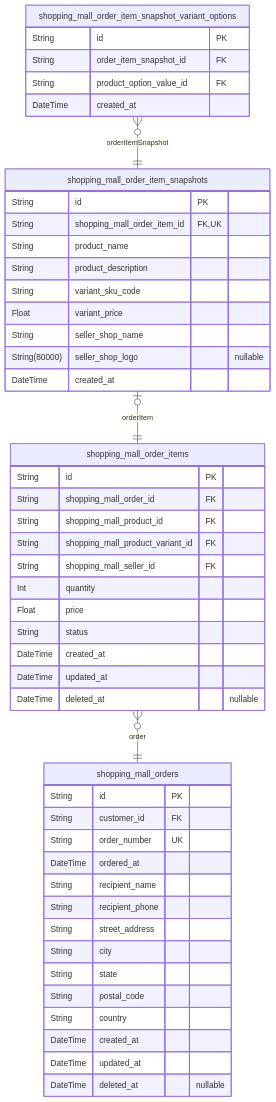
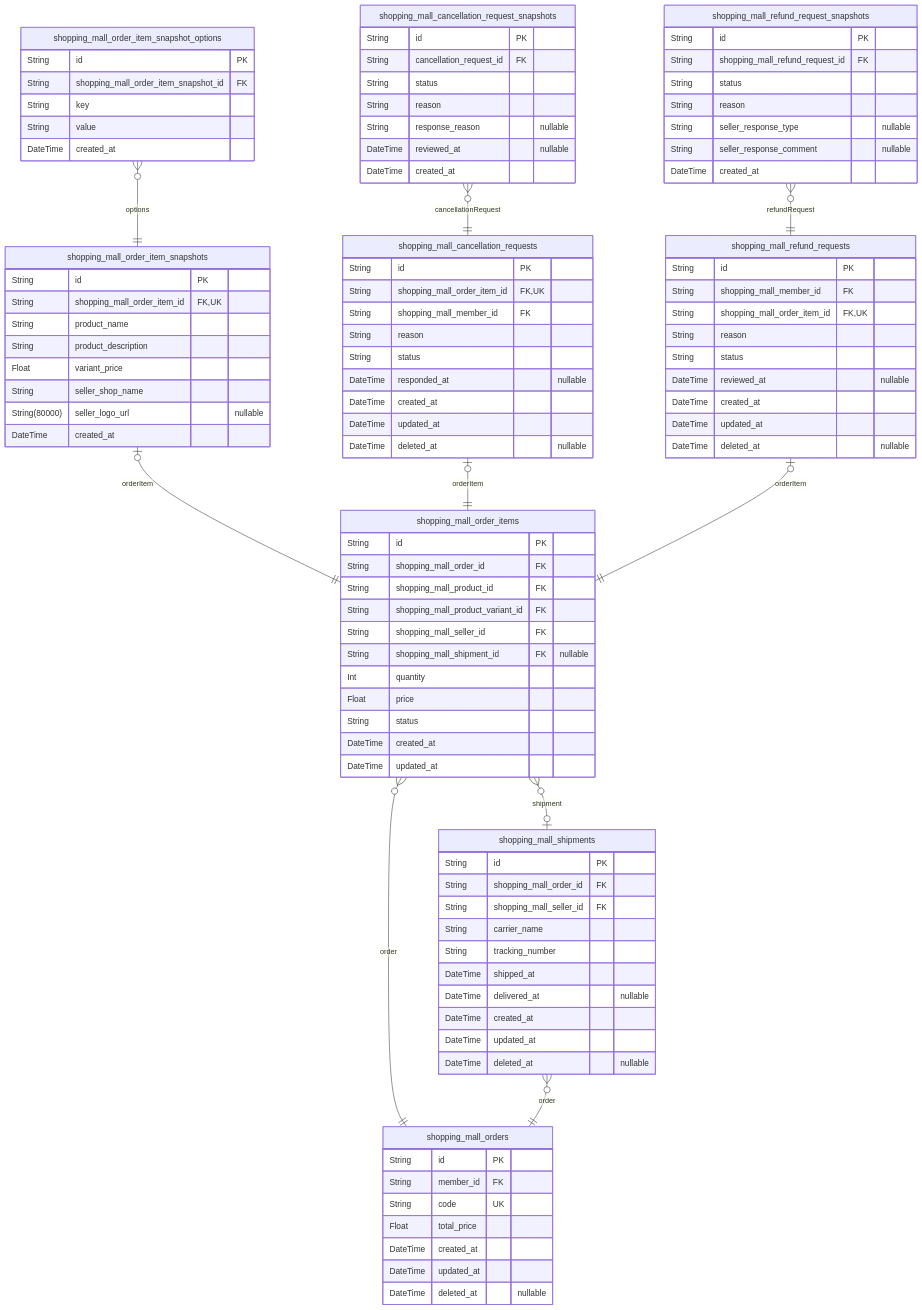
The ninth of 11 diagrams in qwen/qwen3.5-397b-a17b/shopping/docs/ERD.md (wrtnlabs/autobe-examples), drawn with Mermaid before and after one commit. The commit also changed other lines of this file and 32093 other files, not shown here.

````diff
--- a/qwen/qwen3.5-397b-a17b/shopping/docs/ERD.md
+++ b/qwen/qwen3.5-397b-a17b/shopping/docs/ERD.md
@@ -1171,16 +2424,9 @@
 erDiagram
 "shopping_mall_orders" {
   String id PK
-  String customer_id FK
-  String order_number UK
-  DateTime ordered_at
-  String recipient_name
-  String recipient_phone
-  String street_address
-  String city
-  String state
-  String postal_code
-  String country
+  String member_id FK
+  String code UK
+  Float total_price
   DateTime created_at
   DateTime updated_at
   DateTime deleted_at "nullable"
@@ -1191,31 +2437,89 @@
   String shopping_mall_product_id FK
   String shopping_mall_product_variant_id FK
   String shopping_mall_seller_id FK
+  String shopping_mall_shipment_id FK "nullable"
   Int quantity
   Float price
   String status
   DateTime created_at
   DateTime updated_at
-  DateTime deleted_at "nullable"
 }
 "shopping_mall_order_item_snapshots" {
   String id PK
   String shopping_mall_order_item_id FK,UK
   String product_name
   String product_description
-  String variant_sku_code
   Float variant_price
   String seller_shop_name
-  String(80000) seller_shop_logo "nullable"
+  String(80000) seller_logo_url "nullable"
   DateTime created_at
 }
-"shopping_mall_order_item_snapshot_variant_options" {
+"shopping_mall_shipments" {
   String id PK
-  String order_item_snapshot_id FK
-  String product_option_value_id FK
+  String shopping_mall_order_id FK
+  String shopping_mall_seller_id FK
+  String carrier_name
+  String tracking_number
+  DateTime shipped_at
+  DateTime delivered_at "nullable"
+  DateTime created_at
+  DateTime updated_at
+  DateTime deleted_at "nullable"
+}
+"shopping_mall_cancellation_requests" {
+  String id PK
+  String shopping_mall_order_item_id FK,UK
+  String shopping_mall_member_id FK
+  String reason
+  String status
+  DateTime responded_at "nullable"
+  DateTime created_at
+  DateTime updated_at
+  DateTime deleted_at "nullable"
+}
+"shopping_mall_cancellation_request_snapshots" {
+  String id PK
+  String cancellation_request_id FK
+  String status
+  String reason
+  String response_reason "nullable"
+  DateTime reviewed_at "nullable"
+  DateTime created_at
+}
+"shopping_mall_refund_requests" {
+  String id PK
+  String shopping_mall_member_id FK
+  String shopping_mall_order_item_id FK,UK
+  String reason
+  String status
+  DateTime reviewed_at "nullable"
+  DateTime created_at
+  DateTime updated_at
+  DateTime deleted_at "nullable"
+}
+"shopping_mall_refund_request_snapshots" {
+  String id PK
+  String shopping_mall_refund_request_id FK
+  String status
+  String reason
+  String seller_response_type "nullable"
+  String seller_response_comment "nullable"
+  DateTime created_at
+}
+"shopping_mall_order_item_snapshot_options" {
+  String id PK
+  String shopping_mall_order_item_snapshot_id FK
+  String key
+  String value
   DateTime created_at
 }
 "shopping_mall_order_items" }o--|| "shopping_mall_orders" : order
+"shopping_mall_order_items" }o--o| "shopping_mall_shipments" : shipment
 "shopping_mall_order_item_snapshots" |o--|| "shopping_mall_order_items" : orderItem
-"shopping_mall_order_item_snapshot_variant_options" }o--|| "shopping_mall_order_item_snapshots" : orderItemSnapshot
+"shopping_mall_shipments" }o--|| "shopping_mall_orders" : order
+"shopping_mall_cancellation_requests" |o--|| "shopping_mall_order_items" : orderItem
+"shopping_mall_cancellation_request_snapshots" }o--|| "shopping_mall_cancellation_requests" : cancellationRequest
+"shopping_mall_refund_requests" |o--|| "shopping_mall_order_items" : orderItem
+"shopping_mall_refund_request_snapshots" }o--|| "shopping_mall_refund_requests" : refundRequest
+"shopping_mall_order_item_snapshot_options" }o--|| "shopping_mall_order_item_snapshots" : options
 ```
````
